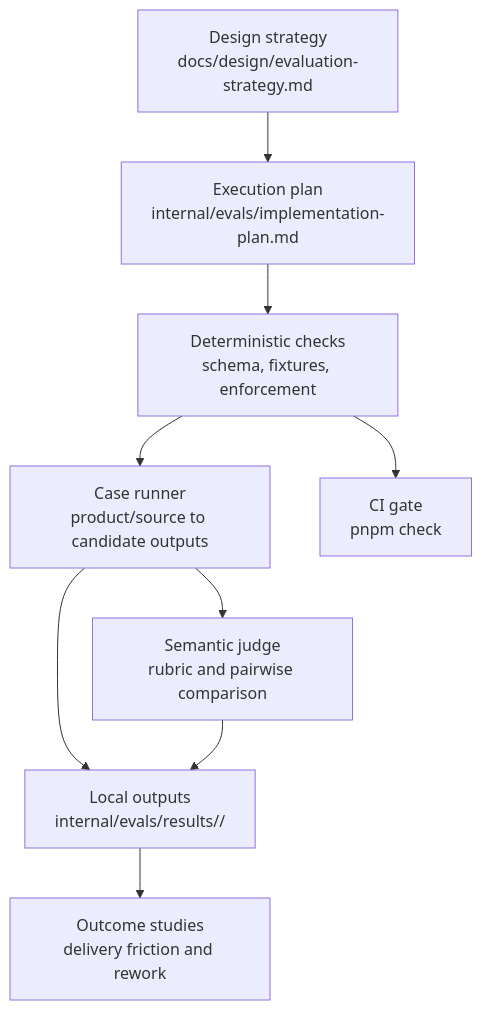
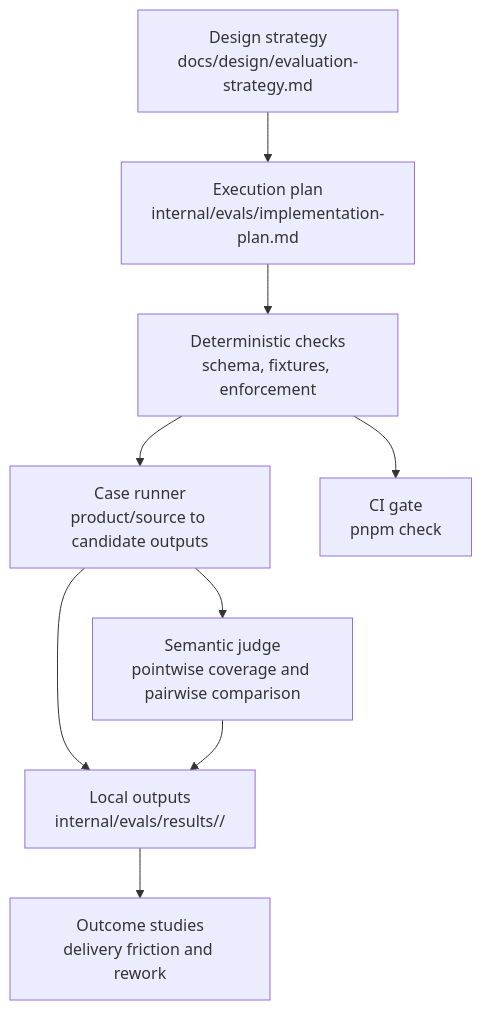
One commit to agentic-workflow-kit/technical-design changed the diagram in internal/evals/implementation-plan.md. Above: the diagram before and after it, drawn with Mermaid. The commit also changed other lines of this file and 31 other files, not shown here.

````diff
--- a/internal/evals/implementation-plan.md
+++ b/internal/evals/implementation-plan.md
@@ -23,20 +24,20 @@
 ```mermaid
 flowchart TD
     Design["Design strategy<br/>docs/design/evaluation-strategy.md"]
     Plan["Execution plan<br/>internal/evals/implementation-plan.md"]
     Deterministic["Deterministic checks<br/>schema, fixtures, enforcement"]
     Cases["Case runner<br/>product/source to candidate outputs"]
-    Judge["Semantic judge<br/>rubric and pairwise comparison"]
+    Judge["Semantic judge<br/>pointwise coverage and pairwise comparison"]
     Outcomes["Outcome studies<br/>delivery friction and rework"]
     Gate["CI gate<br/>pnpm check"]
     Results["Local outputs<br/>internal/evals/results/<run-id>/"]
 
     Design --> Plan
     Plan --> Deterministic
     Deterministic --> Gate
     Deterministic --> Cases
     Cases --> Results
     Cases --> Judge
     Judge --> Results
     Results --> Outcomes
 ```
````
